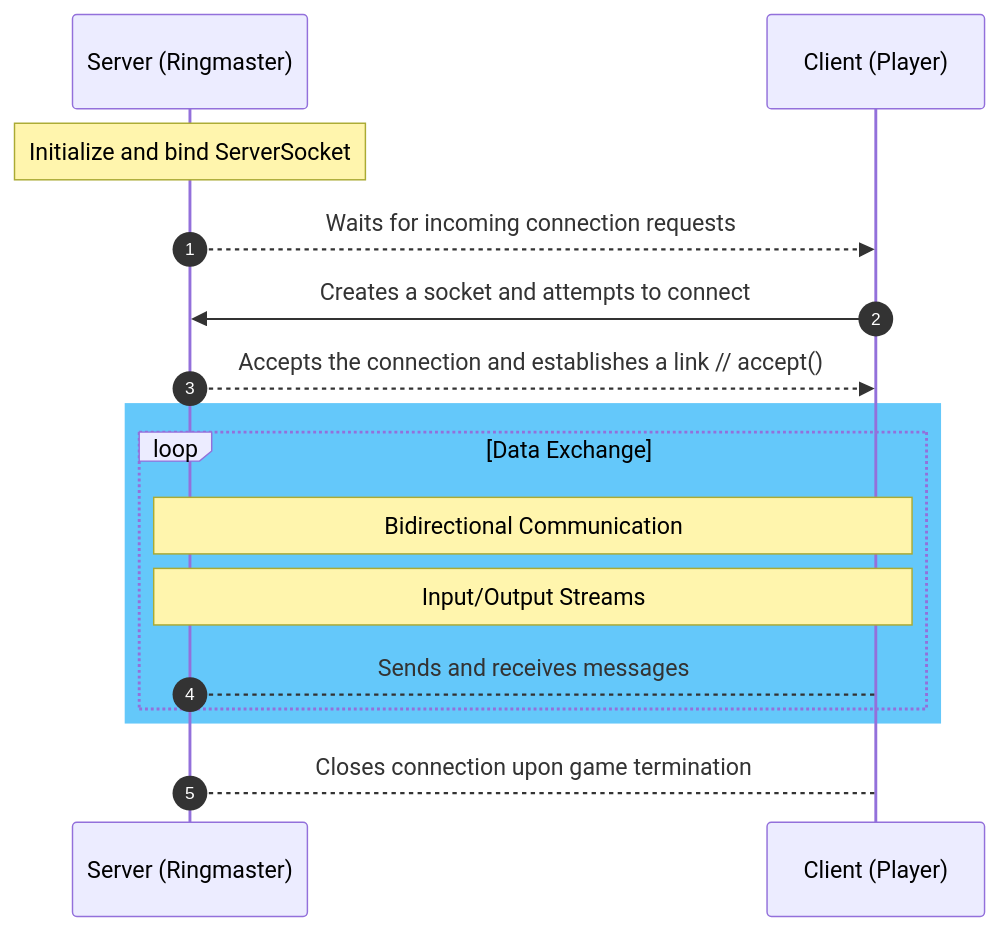
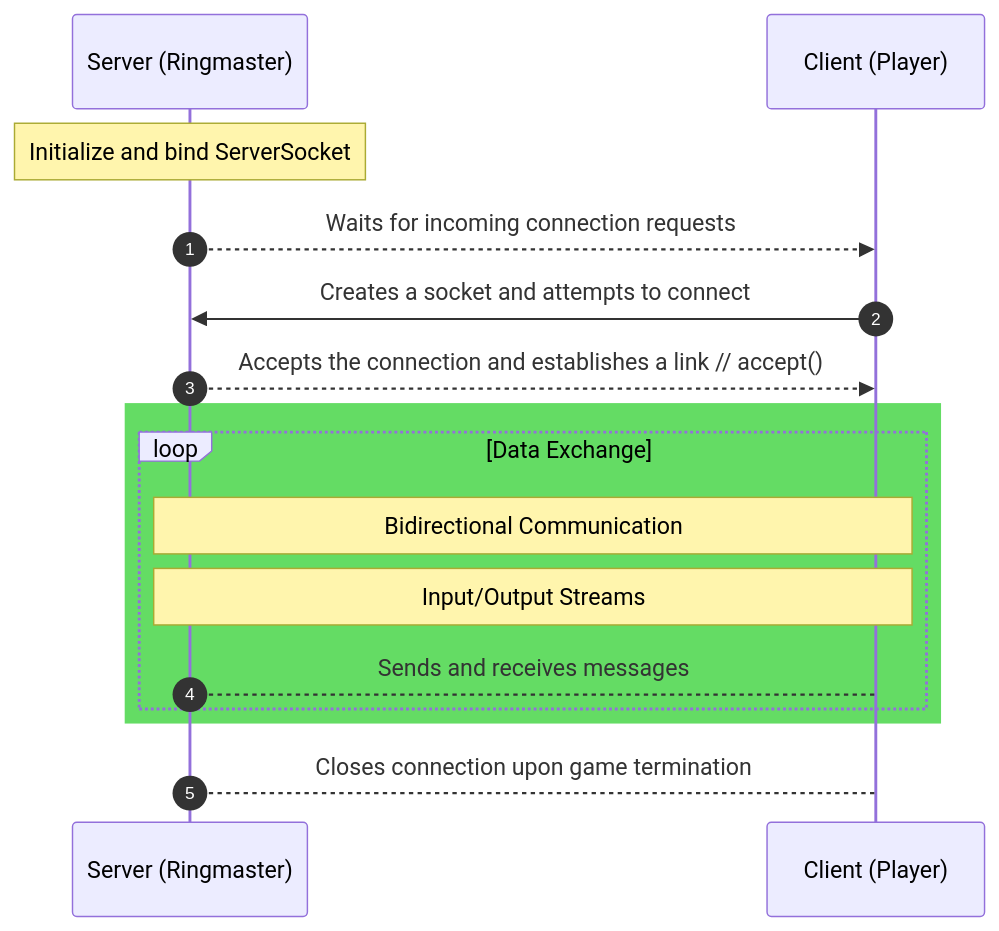
The diagram in README.md (jinshuyi/Hot_Potato_Game), drawn with Mermaid before and after one commit.

````diff
--- a/README.md
+++ b/README.md
@@ -4,19 +4,19 @@
 ```mermaid
 sequenceDiagram
     participant S as Server (Ringmaster)
     participant C as Client (Player)
     autonumber
     Note over S: Initialize and bind ServerSocket
     S-->>C: Waits for incoming connection requests
     C->>S: Creates a socket and attempts to connect
     S-->>C: Accepts the connection and establishes a link // accept()
-    rect rgb(100, 200, 250)
+    rect rgb(100, 220, 100)
     loop Data Exchange
         Note over S,C: Bidirectional Communication
         Note over S,C: Input/Output Streams
         S-->C: Sends and receives messages
     end
     end
     S-->C: Closes connection upon game termination
 
 ```
````
